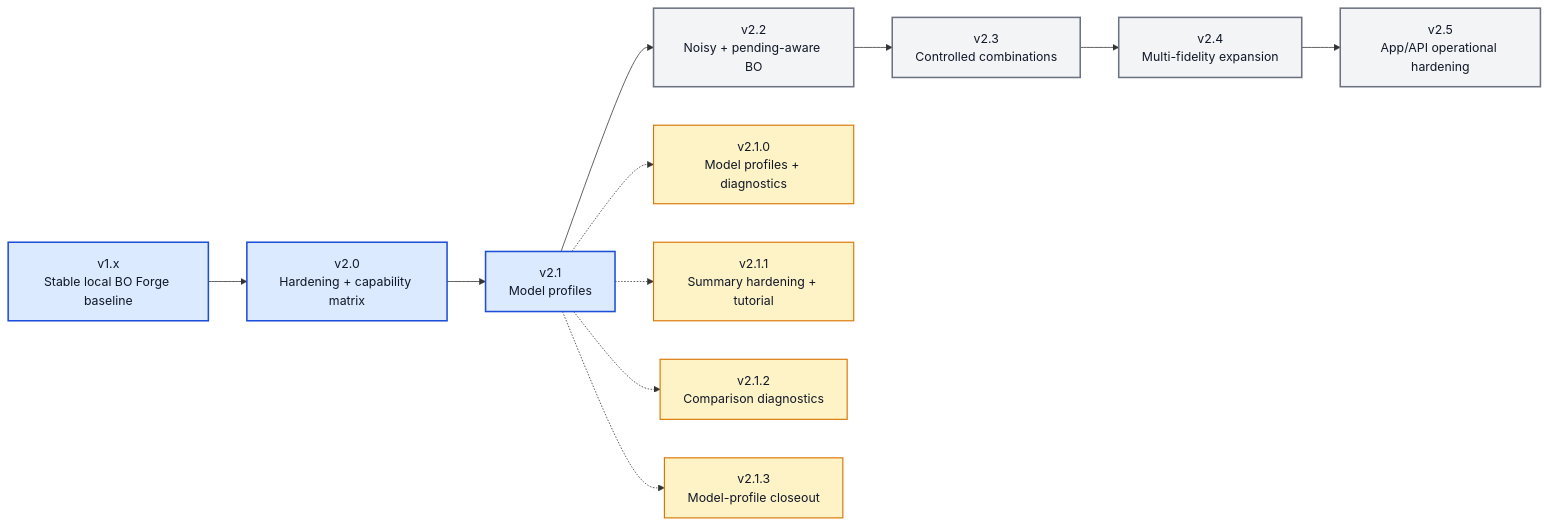
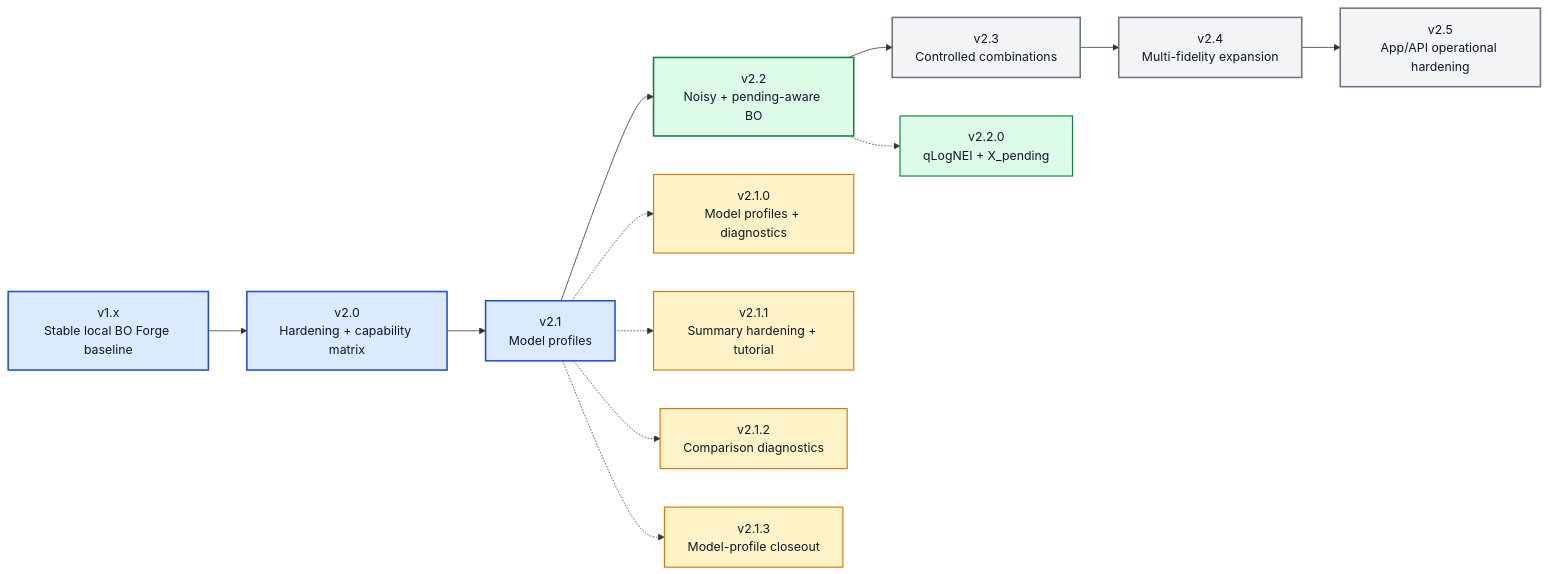
The diagram in ROADMAP_V2_X.md (angzeli/bo-forge), drawn with Mermaid before and after one commit. The commit also changed other lines of this file and 31 other files, not shown here.

Commit message:
v2.2.0 update: Add noisy pending-aware qLogNEI

````diff
--- a/ROADMAP_V2_X.md
+++ b/ROADMAP_V2_X.md
@@ -15,23 +15,28 @@
 ```mermaid
 flowchart LR
     v10["v1.x<br/>Stable local BO Forge baseline"] --> v20["v2.0<br/>Hardening + capability matrix"] --> v21["v2.1<br/>Model profiles"] --> v22["v2.2<br/>Noisy + pending-aware BO"] --> v23["v2.3<br/>Controlled combinations"] --> v24["v2.4<br/>Multi-fidelity expansion"] --> v25["v2.5<br/>App/API operational hardening"]
 
     v210["v2.1.0<br/>Model profiles + diagnostics"]
     v211["v2.1.1<br/>Summary hardening + tutorial"]
     v212["v2.1.2<br/>Comparison diagnostics"]
     v213["v2.1.3<br/>Model-profile closeout"]
+    v220["v2.2.0<br/>qLogNEI + X_pending"]
 
     v21 -.-> v210
     v21 -.-> v211
     v21 -.-> v212
     v21 -.-> v213
+    v22 -.-> v220
 
     class v10,v20,v21 majorDone
-    class v22,v23,v24,v25 majorFuture
+    class v22 majorActive
+    class v23,v24,v25 majorFuture
     class v210,v211,v212,v213 patchDone
+    class v220 patchActive
 
     classDef majorDone fill:#dbeafe,stroke:#1d4ed8,stroke-width:2px,color:#111827;
     classDef majorActive fill:#dcfce7,stroke:#15803d,stroke-width:2px,color:#111827;
     classDef majorFuture fill:#f3f4f6,stroke:#6b7280,stroke-width:2px,color:#111827;
     classDef patchDone fill:#fef3c7,stroke:#d97706,stroke-width:1.5px,color:#111827;
+    classDef patchActive fill:#dcfce7,stroke:#15803d,stroke-width:1.5px,color:#111827;
 ```
````
